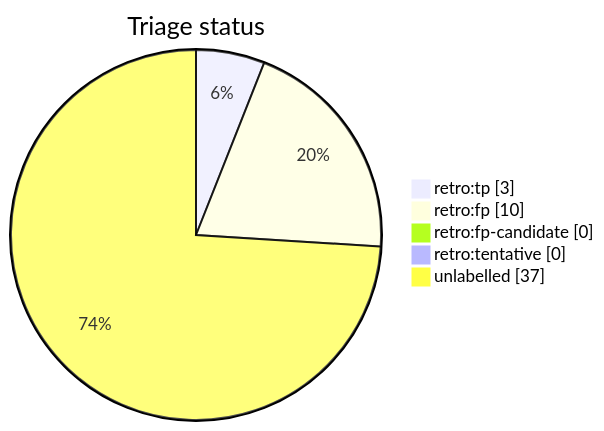
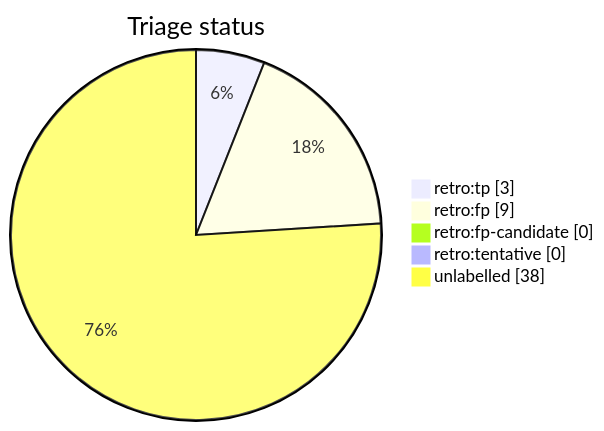
The diagram in docs/generated/scripts/auto-retro-triage-report.md (tvna/claude-md), drawn with Mermaid before and after one commit. The commit also changed other lines of this file, not shown here.

First line of the commit message:
chore(auto-retro): refresh triage report

````diff
--- a/docs/generated/scripts/auto-retro-triage-report.md
+++ b/docs/generated/scripts/auto-retro-triage-report.md
@@ -15,9 +15,9 @@
 ```mermaid
 pie showData
     title Triage status
     "retro:tp" : 3
-    "retro:fp" : 10
+    "retro:fp" : 9
     "retro:fp-candidate" : 0
     "retro:tentative" : 0
-    "unlabelled" : 37
+    "unlabelled" : 38
 ```
````
